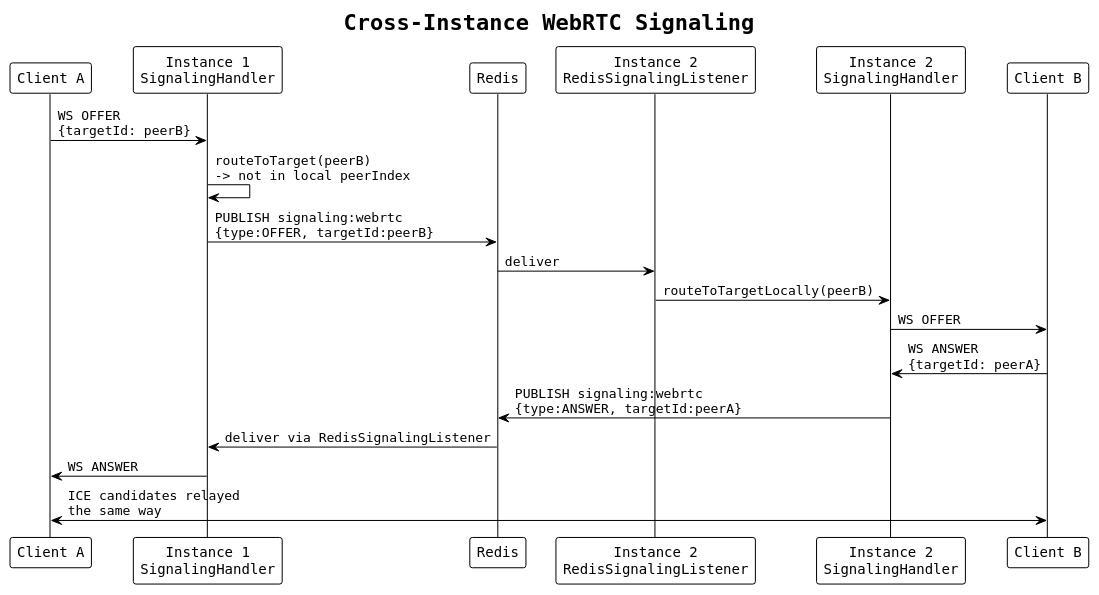
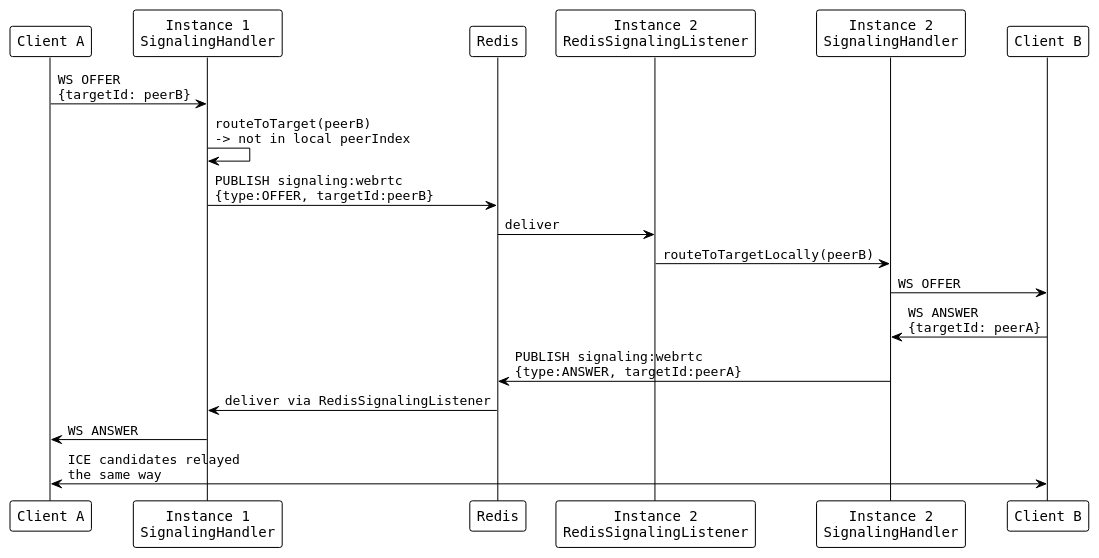
One commit to SDarius22/music-player-project changed the diagram in diagrams/flow_redis_pubsub_webrtc.puml. Above: the diagram before and after it, drawn with PlantUML. The commit also changed 37 other files, not shown here.

Commit message:
thesis + diagrams

```diff
--- a/diagrams/flow_redis_pubsub_webrtc.puml
+++ b/diagrams/flow_redis_pubsub_webrtc.puml
@@ -1,28 +1,26 @@
 @startuml flow_redis_pubsub_webrtc
 !theme plain
 skinparam defaultFontName monospaced
-
-title Cross-Instance WebRTC Signaling
 
 participant "Client A" as clientA
 participant "Instance 1\nSignalingHandler" as inst1
 participant "Redis" as redis
 participant "Instance 2\nRedisSignalingListener" as redisSub2
 participant "Instance 2\nSignalingHandler" as inst2
 participant "Client B" as clientB
 
 clientA -> inst1: WS OFFER\n{targetId: peerB}
 inst1 -> inst1: routeToTarget(peerB)\n-> not in local peerIndex
 inst1 -> redis: PUBLISH signaling:webrtc\n{type:OFFER, targetId:peerB}
 redis -> redisSub2: deliver
 redisSub2 -> inst2: routeToTargetLocally(peerB)
 inst2 -> clientB: WS OFFER
 
 clientB -> inst2: WS ANSWER\n{targetId: peerA}
 inst2 -> redis: PUBLISH signaling:webrtc\n{type:ANSWER, targetId:peerA}
 redis -> inst1: deliver via RedisSignalingListener
 inst1 -> clientA: WS ANSWER
 
 clientA <-> clientB: ICE candidates relayed\nthe same way
 
 @enduml
```
